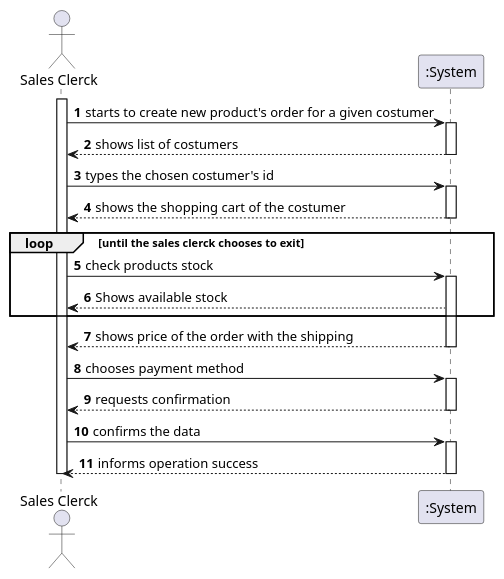
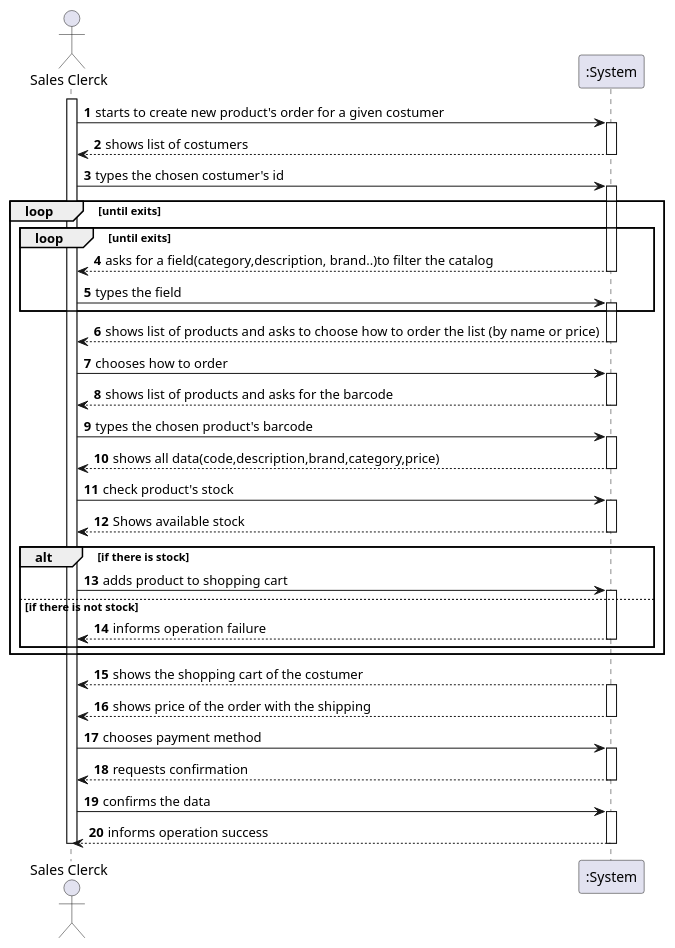
The diagram in docs/Sprint2/US1004/US1004_SSD.puml (marttuga/LAPR4-SmartSystems), drawn with PlantUML before and after one commit.

Commit message:
ssd 1004 alteraçoes

```diff
--- a/docs/Sprint2/US1004/US1004_SSD.puml
+++ b/docs/Sprint2/US1004/US1004_SSD.puml
@@ -1,41 +1,73 @@
 @startuml
 autonumber
 actor "Sales Clerck" as SC
-
 
 activate SC
 SC -> ":System" : starts to create new product's order for a given costumer
 activate ":System"
 
 ":System" --> SC : shows list of costumers
 deactivate ":System"
 
 SC -> ":System" : types the chosen costumer's id
 activate ":System"
+loop until exits
+loop until exits
+":System" --> SC : asks for a field(category,description, brand..)to filter the catalog
+deactivate ":System"
 
-":System" --> SC : shows the shopping cart of the costumer
+SC -> ":System" : types the field
+activate ":System"
+
+end loop
+":System" --> SC : shows list of products and asks to choose how to order the list (by name or price)
 deactivate ":System"
-loop until the sales clerck chooses to exit
-SC -> ":System" : check products stock
+
+SC -> ":System" : chooses how to order
+activate ":System"
+
+":System" --> SC : shows list of products and asks for the barcode
+deactivate ":System"
+
+SC -> ":System" : types the chosen product's barcode
+activate ":System"
+
+":System" --> SC :shows all data(code,description,brand,category,price)
+deactivate ":System"
+
+SC -> ":System" : check product's stock
 activate ":System"
 ":System" --> SC : Shows available stock
+deactivate ":System"
+
+alt if there is stock
+SC -> ":System" : adds product to shopping cart
+activate ":System"
+else if there is not stock
+
+":System" --> SC : informs operation failure
+deactivate ":System"
+end
 
 end loop
 
+":System" --> SC : shows the shopping cart of the costumer
+activate ":System"
+
 ":System" --> SC : shows price of the order with the shipping
 deactivate ":System"
-
+deactivate ":System"
 
 SC -> ":System" : chooses payment method
 activate ":System"
 
 ":System" --> SC : requests confirmation
 deactivate ":System"
 SC -> ":System" : confirms the data
 
 activate ":System"
 ":System" --> SC : informs operation success
 deactivate ":System"
 deactivate SC
 
 @enduml
```
